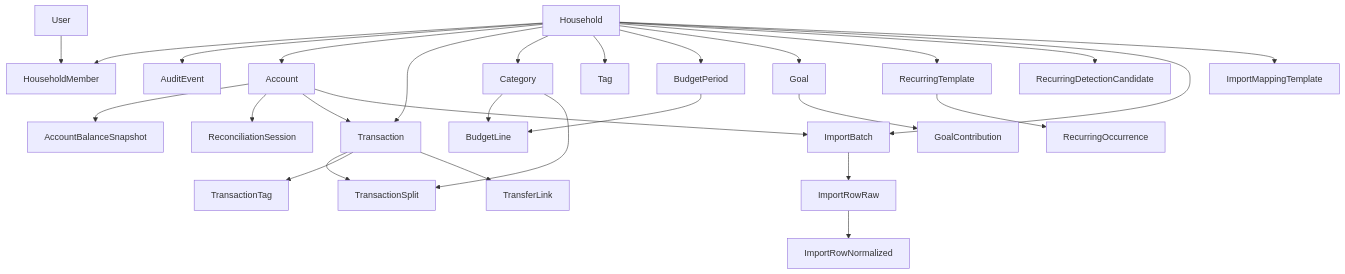
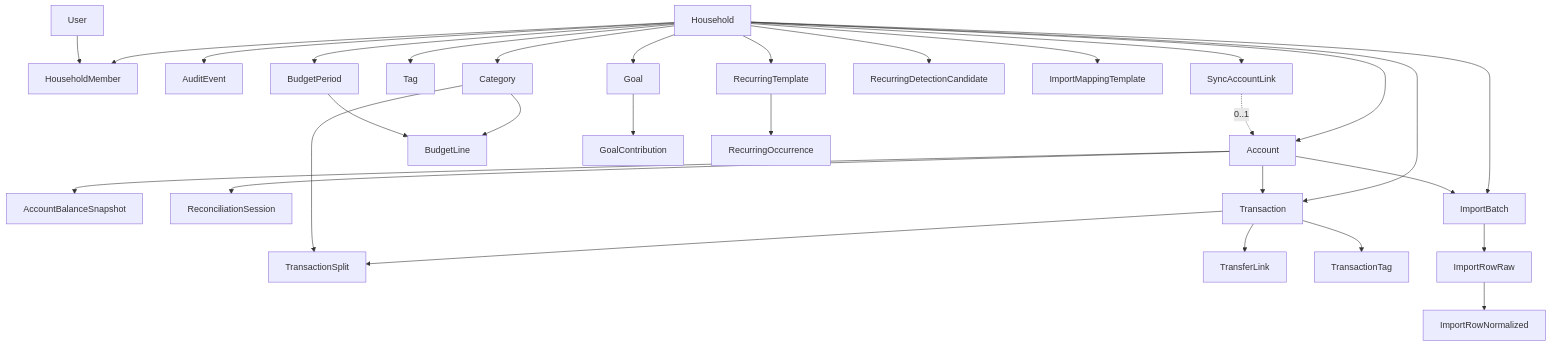
One commit to BenShuan/Financial-Management changed the first of 3 diagrams in docs/agent/02-domain-model.md. Above: the diagram before and after it, drawn with Mermaid. The commit also changed other lines of this file and 55 other files, not shown here.

````diff
--- a/docs/agent/02-domain-model.md
+++ b/docs/agent/02-domain-model.md
@@ -43,68 +46,71 @@
 ```mermaid
 flowchart TD
     Household[Household]
     User[User]
     HouseholdMember[HouseholdMember]
     AuditEvent[AuditEvent]
 
     Account[Account]
     AccountBalanceSnapshot[AccountBalanceSnapshot]
     ReconciliationSession[ReconciliationSession]
 
     Transaction[Transaction]
     TransactionSplit[TransactionSplit]
     TransferLink[TransferLink]
     TransactionTag[TransactionTag]
 
     Category[Category]
     Tag[Tag]
 
     BudgetPeriod[BudgetPeriod]
     BudgetLine[BudgetLine]
     Goal[Goal]
     GoalContribution[GoalContribution]
 
     RecurringTemplate[RecurringTemplate]
     RecurringOccurrence[RecurringOccurrence]
     RecurringDetectionCandidate[RecurringDetectionCandidate]
 
     ImportBatch[ImportBatch]
     ImportRowRaw[ImportRowRaw]
     ImportRowNormalized[ImportRowNormalized]
     ImportMappingTemplate[ImportMappingTemplate]
+    SyncAccountLink[SyncAccountLink]
 
     Household --> HouseholdMember
     User --> HouseholdMember
     Household --> AuditEvent
 
     Household --> Account
     Account --> AccountBalanceSnapshot
     Account --> ReconciliationSession
 
     Household --> Transaction
     Account --> Transaction
     Transaction --> TransactionSplit
     Transaction --> TransactionTag
     Transaction --> TransferLink
 
     Household --> Category
     Household --> Tag
     Category --> BudgetLine
     Category --> TransactionSplit
 
     Household --> BudgetPeriod
     BudgetPeriod --> BudgetLine
 
     Household --> Goal
     Goal --> GoalContribution
 
     Household --> RecurringTemplate
     RecurringTemplate --> RecurringOccurrence
     Household --> RecurringDetectionCandidate
 
     Household --> ImportBatch
     Account --> ImportBatch
     ImportBatch --> ImportRowRaw
     ImportRowRaw --> ImportRowNormalized
     Household --> ImportMappingTemplate
+    Household --> SyncAccountLink
+    SyncAccountLink -.->|0..1| Account
 ```
````
